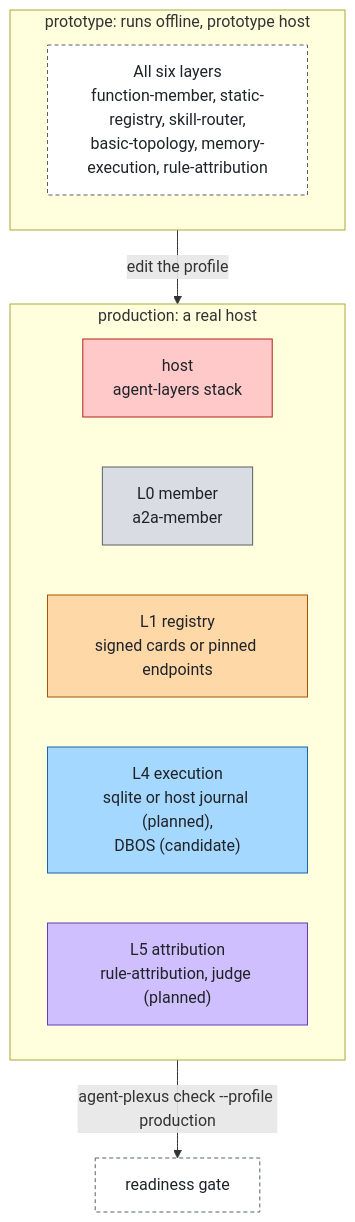
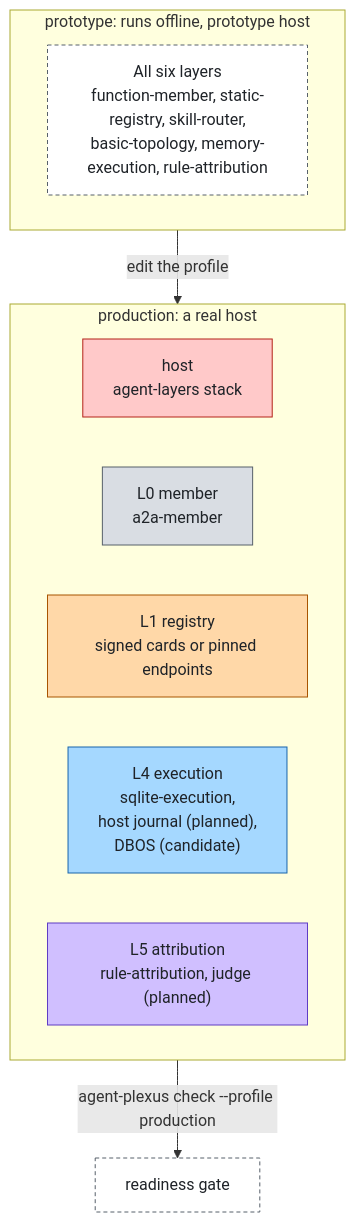
Before and after one commit to aantenore/agent-plexus: the second of 2 diagrams in docs/product.md, drawn with Mermaid. The commit also changed 69 other files, not shown here.

First line of the commit message:
feat: waiting runs resume, sqlite-execution, signed-card policy, handoff and graph

````diff
--- a/docs/product.md
+++ b/docs/product.md
@@ -62,21 +62,21 @@
 ```mermaid
 flowchart TB
   subgraph proto["prototype: runs offline, prototype host"]
     base["All six layers<br/>function-member, static-registry, skill-router,<br/>basic-topology, memory-execution, rule-attribution"]:::external
   end
   subgraph prod["production: a real host"]
     xhost["host<br/>agent-layers stack"]:::control
     xmem["L0 member<br/>a2a-member"]:::foundation
     xreg["L1 registry<br/>signed cards or pinned endpoints"]:::model
-    xexe["L4 execution<br/>sqlite or host journal (planned),<br/>DBOS (candidate)"]:::agent
+    xexe["L4 execution<br/>sqlite-execution,<br/>host journal (planned),<br/>DBOS (candidate)"]:::agent
     xatt["L5 attribution<br/>rule-attribution, judge (planned)"]:::insight
   end
   proto -->|"edit the profile"| prod
   prod -->|"agent-plexus check --profile production"| gate["readiness gate"]:::external
   classDef foundation fill:#d9dde3,stroke:#57606a,color:#1f2328
   classDef model fill:#ffd8a8,stroke:#a85400,color:#1f2328
   classDef agent fill:#a5d8ff,stroke:#1864ab,color:#1f2328
   classDef control fill:#ffc9c9,stroke:#b42318,color:#1f2328
   classDef insight fill:#d0bfff,stroke:#5f3dc4,color:#1f2328
   classDef external fill:#ffffff,stroke:#57606a,color:#1f2328,stroke-dasharray:4 3
 ```
````
